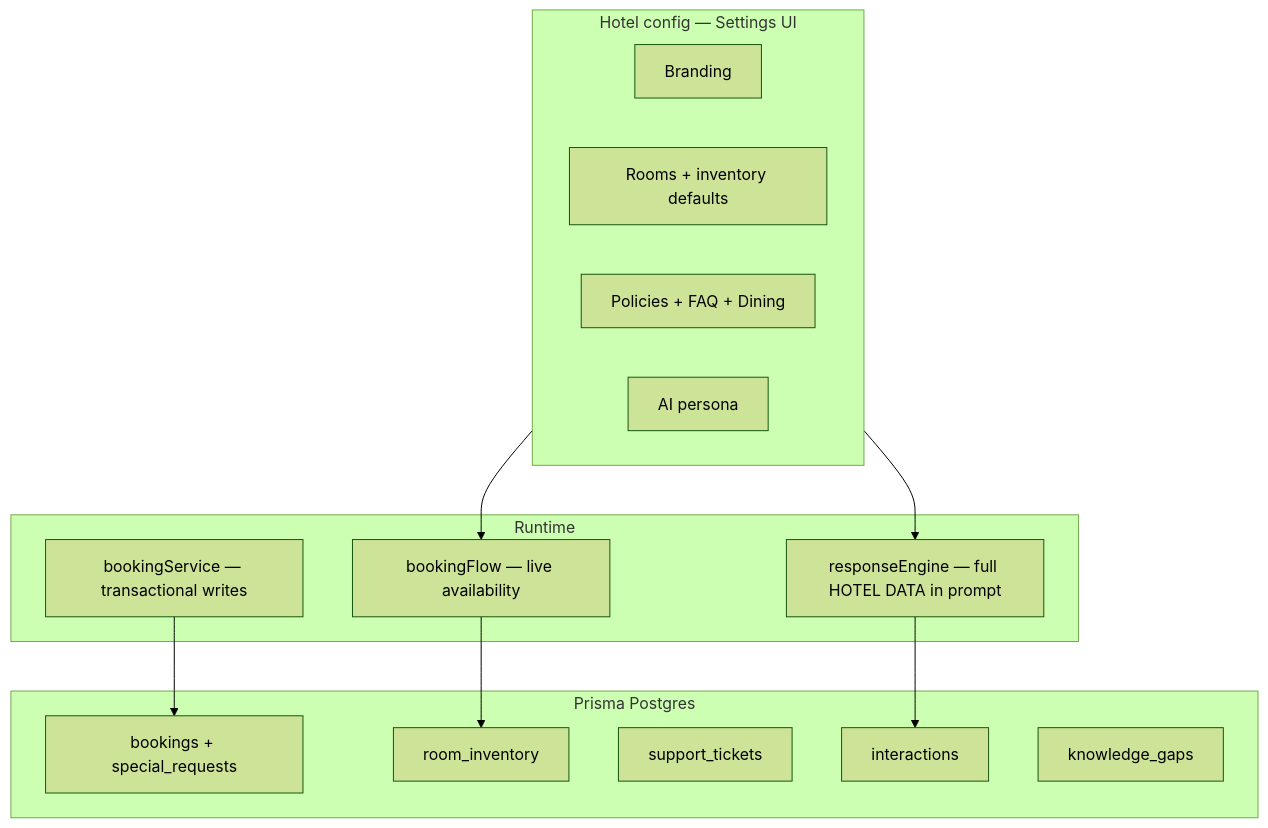
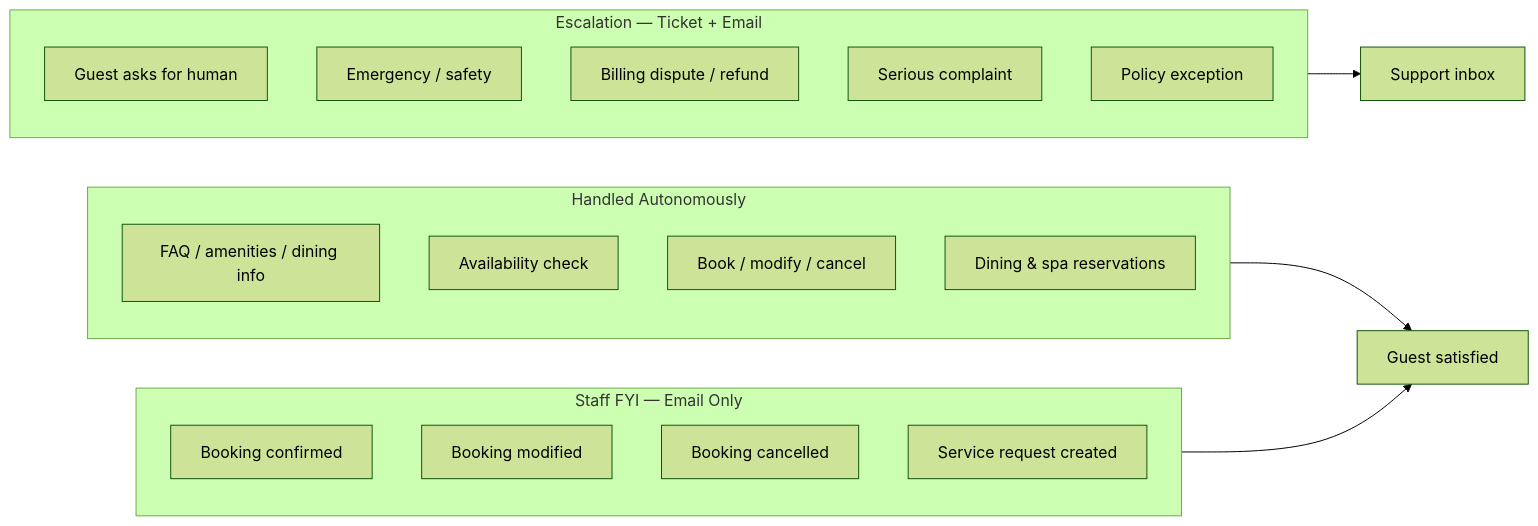
One commit to prabin923/Voice-assistant changed the fourth of 4 diagrams in README.md. Above: the diagram before and after it, drawn with Mermaid (forest theme). The commit also changed other lines of this file, not shown here.

First line of the commit message:
docs: comprehensive README rewrite — reflect full multi-tenant SaaS architecture

````diff
--- a/README.md
+++ b/README.md
@@ -278,29 +227,28 @@
 ```mermaid
-flowchart TB
-  subgraph config [Hotel config — Settings UI]
-    C1[Branding]
-    C2[Rooms + inventory defaults]
-    C3[Policies + FAQ + Dining]
-    C4[AI persona]
+flowchart LR
+  subgraph autonomous [Handled Autonomously]
+    A1[FAQ / amenities / dining info]
+    A2[Availability check]
+    A3[Book / modify / cancel]
+    A4[Dining & spa reservations]
   end
 
-  subgraph runtime [Runtime]
-    R1[responseEngine — full HOTEL DATA in prompt]
-    R2[bookingFlow — live availability]
-    R3[bookingService — transactional writes]
+  subgraph fyi [Staff FYI — Email Only]
+    B1[Booking confirmed]
+    B2[Booking modified]
+    B3[Booking cancelled]
+    B4[Service request created]
   end
 
-  subgraph storage [Prisma Postgres]
-    S1[bookings + special_requests]
-    S2[room_inventory]
-    S3[support_tickets]
-    S4[interactions]
-    S5[knowledge_gaps]
+  subgraph escalate [Escalation — Ticket + Email]
+    C1[Guest asks for human]
+    C2[Emergency / safety]
+    C3[Billing dispute / refund]
+    C4[Serious complaint]
+    C5[Policy exception]
   end
 
-  config --> R1
-  config --> R2
-  R2 --> S2
-  R3 --> S1
-  R1 --> S4
+  autonomous --> Guest[Guest satisfied]
+  fyi --> Guest
+  escalate --> Staff[Support inbox]
 ```
````
